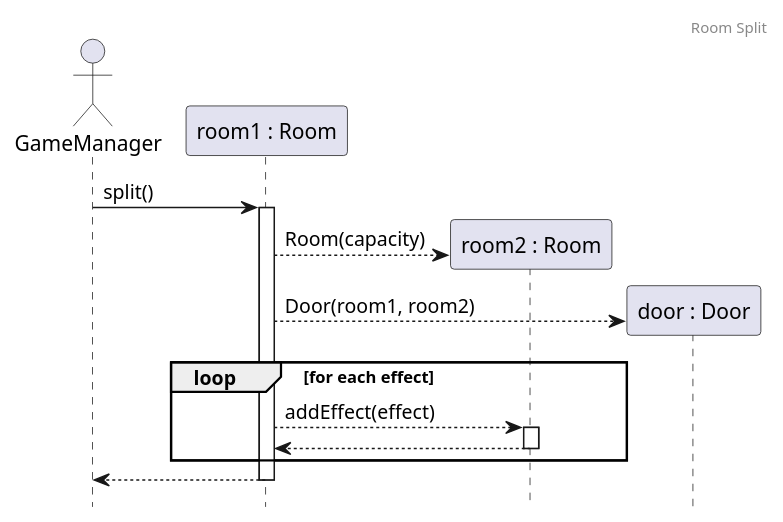
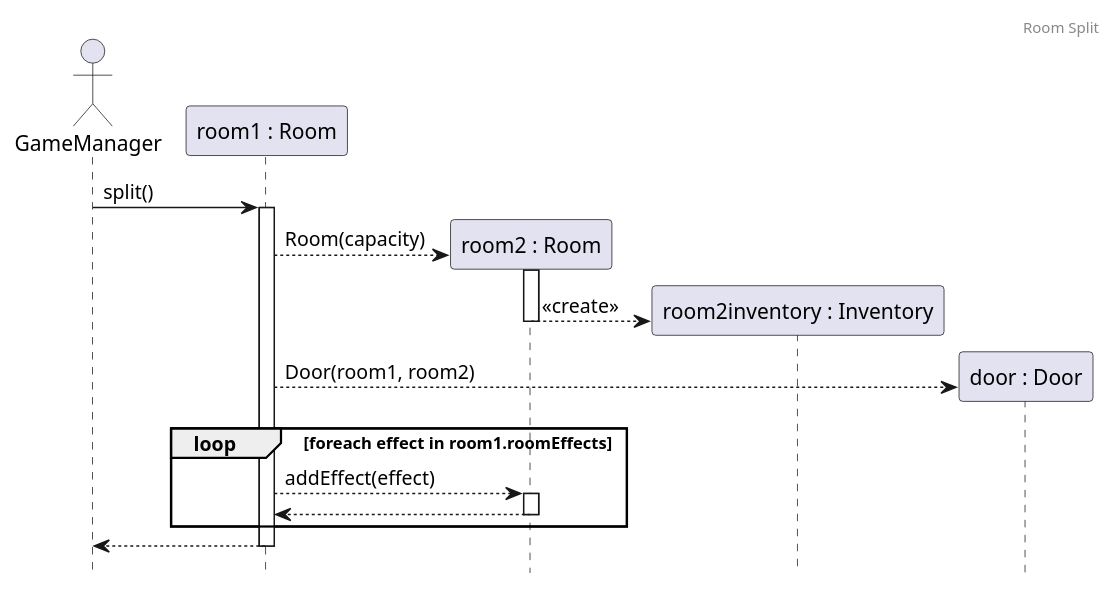
One commit to Kristof-me/Logarlec changed the diagram in docs/sequence/room/RoomSplit.puml. Above: the diagram before and after it, drawn with PlantUML. The commit also changed 8 other files, not shown here.

Commit message:
Checked Sequence 13-24

```diff
--- a/docs/sequence/room/RoomSplit.puml
+++ b/docs/sequence/room/RoomSplit.puml
@@ -1,24 +1,26 @@
 @startuml RoomSplit
 header Room Split
 hide footbox
 
 actor gm as "GameManager"
 participant r1 as "room1 : Room"
 
 gm -> r1 ++ : split()
 
 create r2 as "room2 : Room"
-r1 --> r2 : Room(capacity)
+r1 --> r2 ++: Room(capacity)
+create r2i as "room2inventory : Inventory"
+r2 --> r2i --: <<create>>
 
 create d as "door : Door"
 r1 --> d : Door(room1, room2)
 
 ' az ajtó hozzáadás ezek szerint belső működés
 
-loop for each effect
+loop foreach effect in room1.roomEffects
     r1 --> r2 ++ : addEffect(effect)
     return
 end
 return
 
 @enduml
```
